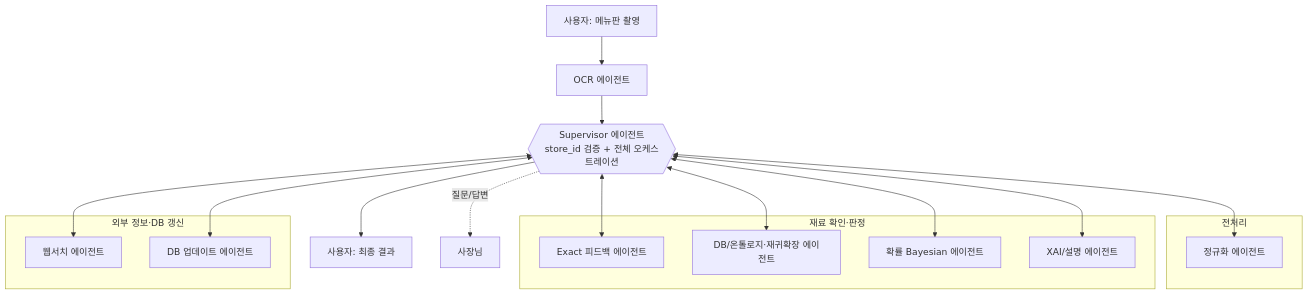
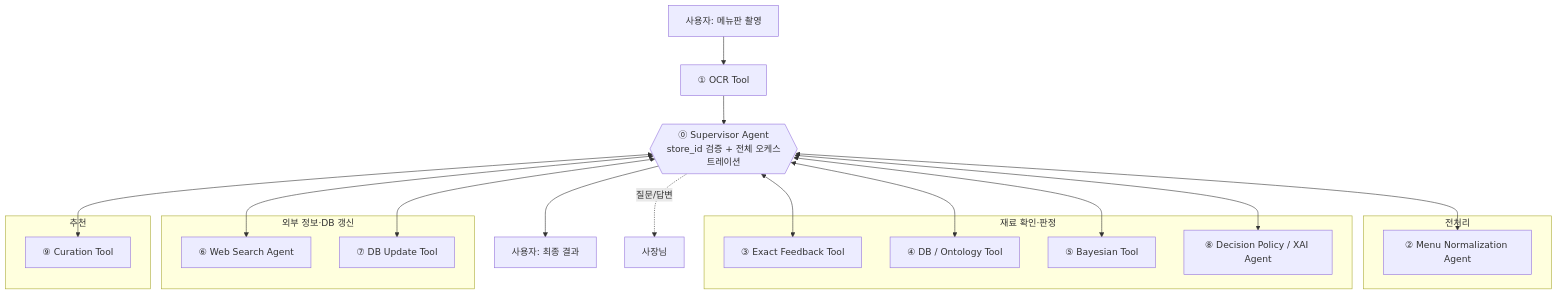
Before and after one commit to Han-Spoon/ai: the seventh of 7 diagrams in docs/catoin-multi-agent-architecture.md, drawn with Mermaid. The commit also changed other lines of this file and 13 other files, not shown here.

First line of the commit message:
docs: Agent·Tool 번호와 명칭을 PPT 기준으로 통일

````diff
--- a/docs/catoin-multi-agent-architecture.md
+++ b/docs/catoin-multi-agent-architecture.md
@@ -156,32 +157,37 @@
 ```mermaid
 graph TB
-    U[사용자: 메뉴판 촬영] --> OCR[OCR 에이전트] --> SUP
-    SUP{{"Supervisor 에이전트\nstore_id 검증 + 전체 오케스트레이션"}}
+    U[사용자: 메뉴판 촬영] --> OCR[① OCR Tool] --> SUP
+    SUP{{"⓪ Supervisor Agent\nstore_id 검증 + 전체 오케스트레이션"}}
 
     subgraph 전처리
-        NORM[정규화 에이전트]
+        NORM[② Menu Normalization Agent]
     end
 
     subgraph "재료 확인·판정"
-        EXACT[Exact 피드백 에이전트]
-        ONTO[DB/온톨로지·재귀확장 에이전트]
-        BAYES[확률 Bayesian 에이전트]
-        XAI[XAI/설명 에이전트]
+        EXACT[③ Exact Feedback Tool]
+        ONTO[④ DB / Ontology Tool]
+        BAYES[⑤ Bayesian Tool]
+        XAI[⑧ Decision Policy / XAI Agent]
     end
 
     subgraph "외부 정보·DB 갱신"
-        WEB[웹서치 에이전트]
-        DBUP[DB 업데이트 에이전트]
+        WEB[⑥ Web Search Agent]
+        DBUP[⑦ DB Update Tool]
+    end
+
+    subgraph 추천
+        CUR[⑨ Curation Tool]
     end
 
     SUP <--> NORM
     SUP <--> EXACT
     SUP <--> ONTO
     SUP <--> BAYES
     SUP <--> WEB
     SUP <--> DBUP
     SUP <--> XAI
+    SUP <--> CUR
 
     SUP --> RESULT[사용자: 최종 결과]
     SUP -.질문/답변.-> OWNER[사장님]
 ```
````
